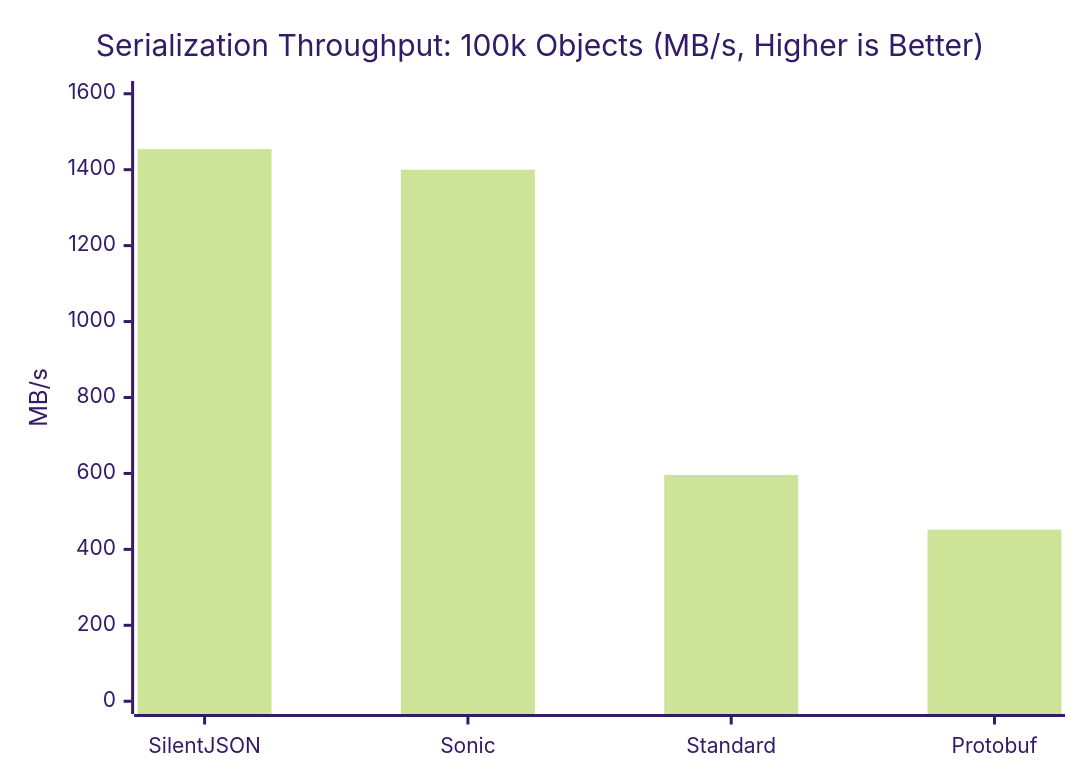
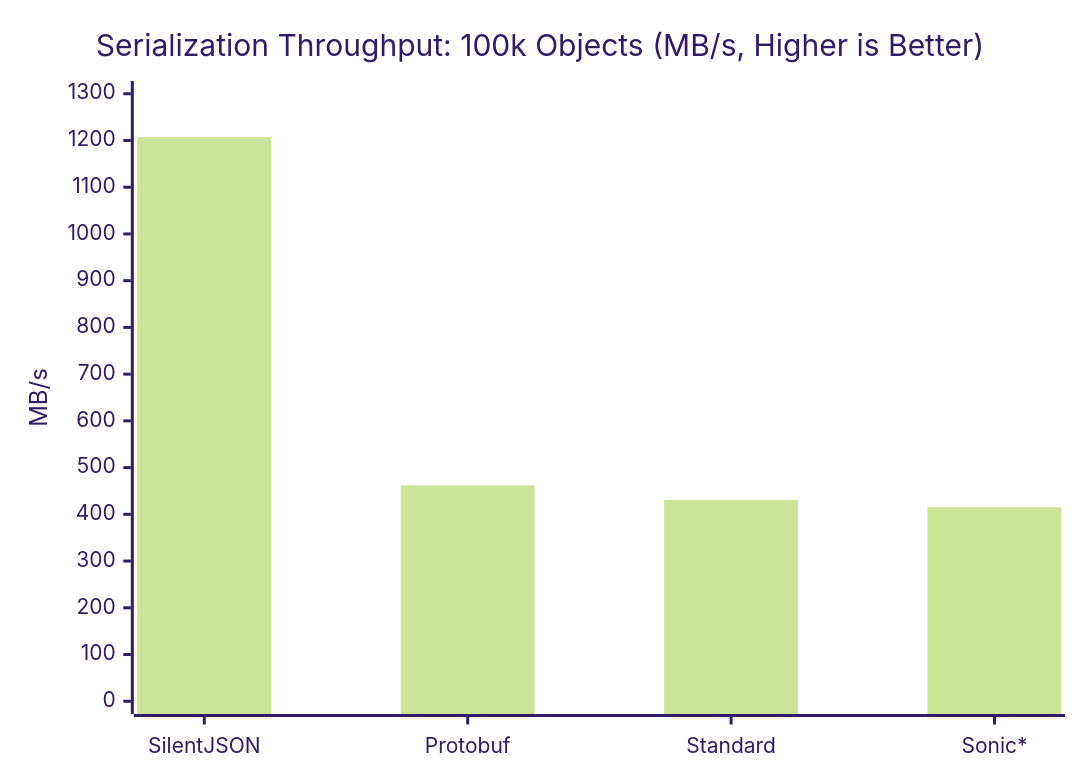
Before and after one commit to GenshIv/silentjson: the fourth of 5 diagrams in README.md, drawn with Mermaid (forest theme). The commit also changed other lines of this file and 5 other files, not shown here.

````diff
--- a/README.md
+++ b/README.md
@@ -174,7 +175,7 @@
 ```mermaid
 xychart-beta
     title "Serialization Throughput: 100k Objects (MB/s, Higher is Better)"
-    x-axis ["SilentJSON", "Sonic", "Standard", "Protobuf"]
-    y-axis "MB/s" 0 --> 1600
-    bar [1454, 1400, 596, 452]
+    x-axis ["SilentJSON", "Protobuf", "Standard", "Sonic*"]
+    y-axis "MB/s" 0 --> 1300
+    bar [1207, 462, 431, 415]
 ```
````
